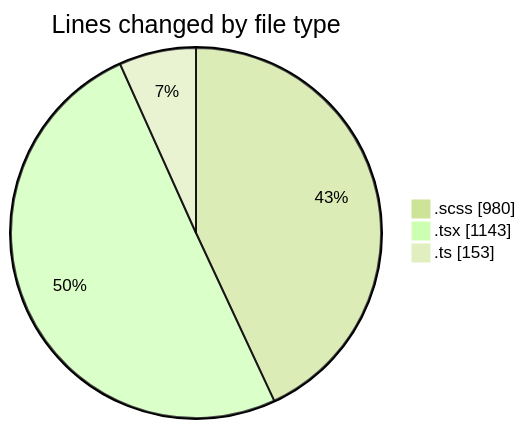
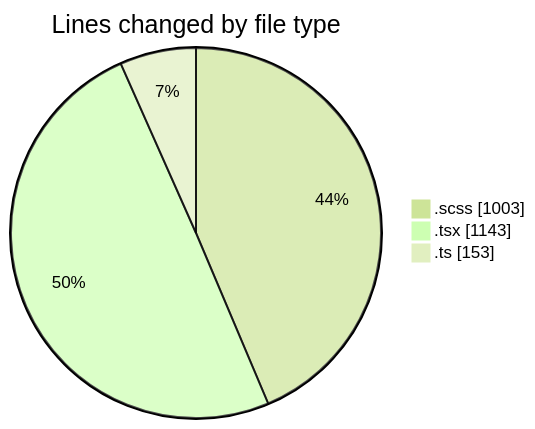
Before and after one commit to momahboobian/code-tracking: the first of 2 diagrams in 2025-03-28/cda/README.md, drawn with Mermaid (forest theme). The commit also changed other lines of this file and 1 other file, not shown here.

````diff
--- a/2025-03-28/cda/README.md
+++ b/2025-03-28/cda/README.md
@@ -26,7 +26,7 @@
 ```mermaid
 pie showData
 title Lines changed by file type
-".scss" : 980
+".scss" : 1003
 ".tsx" : 1143
 ".ts" : 153
 ```
````
